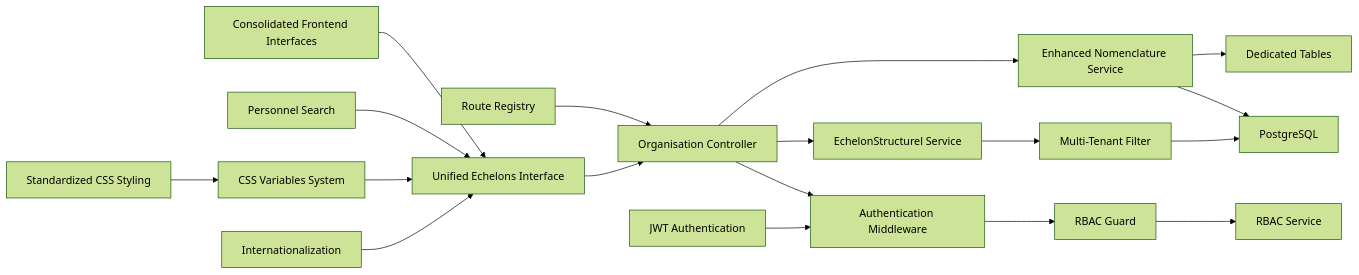
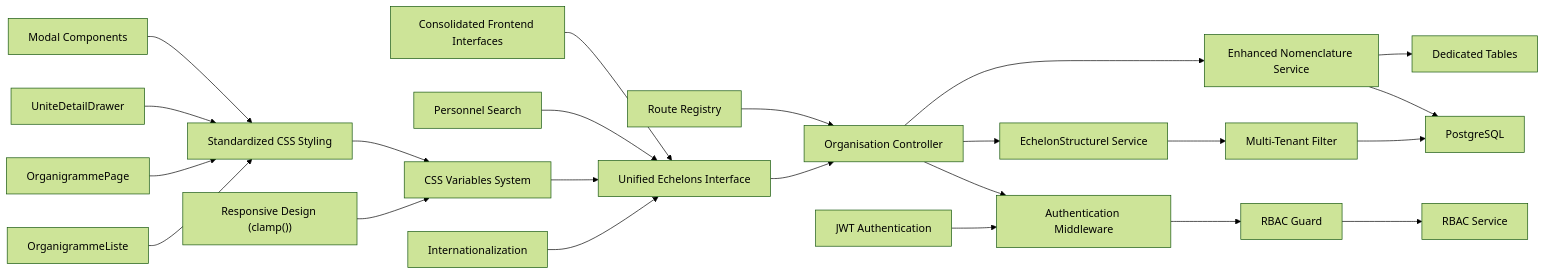
Before and after one commit to franckylab/eLISAschool: the tenth of 10 diagrams in .qoder/repowiki/en/content/Human Resources Management/Personnel Administration/Organizational Structure.md, drawn with Mermaid (forest theme). The commit also changed other lines of this file and 24 other files, not shown here.

````diff
--- a/.qoder/repowiki/en/content/Human Resources Management/Personnel Administration/Organizational Structure.md
+++ b/.qoder/repowiki/en/content/Human Resources Management/Personnel Administration/Organizational Structure.md
@@ -585,20 +638,25 @@
 ```mermaid
 graph LR
 Route["Route Registry"] --> OrgCtrl["Organisation Controller"]
 OrgCtrl --> Auth["Authentication Middleware"]
 Auth --> RbacGuard["RBAC Guard"]
 RbacGuard --> RbacSvc["RBAC Service"]
 OrgCtrl --> EchelonSvc["EchelonStructurel Service"]
 OrgCtrl --> NomenclatureSvc["Enhanced Nomenclature Service"]
 EchelonSvc --> MultiTenant["Multi-Tenant Filter"]
 MultiTenant --> DB["PostgreSQL"]
 NomenclatureSvc --> DB
 NomenclatureSvc --> NomenclatureTables["Dedicated Tables"]
 Frontend["Consolidated Frontend Interfaces"] --> UnifiedInterface["Unified Echelons Interface"]
 UnifiedInterface --> OrgCtrl
 PersonnelSearch["Personnel Search"] --> UnifiedInterface
 CSSVariables["CSS Variables System"] --> UnifiedInterface
 I18nSupport["Internationalization"] --> UnifiedInterface
 JWT["JWT Authentication"] --> Auth
 StandardizedStyling["Standardized CSS Styling"] --> CSSVariables
+ResponsiveDesign["Responsive Design (clamp())"] --> CSSVariables
+OrganigrammeListe["OrganigrammeListe"] --> StandardizedStyling
+OrganigrammePage["OrganigrammePage"] --> StandardizedStyling
+UniteDetailDrawer["UniteDetailDrawer"] --> StandardizedStyling
+ModalComponents["Modal Components"] --> StandardizedStyling
 ```
````
